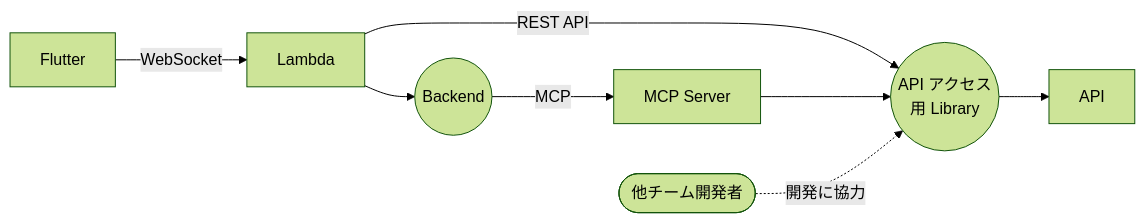
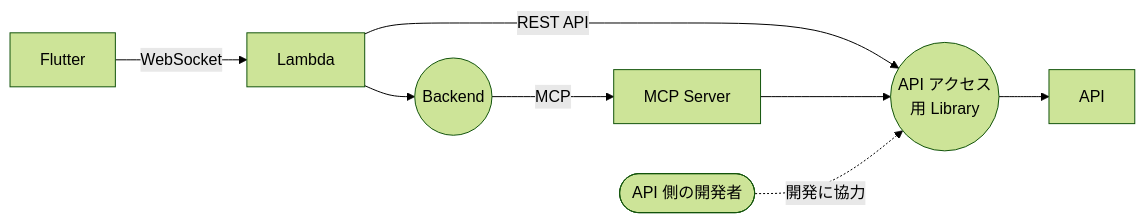
One commit to zucky-quest/it-vault changed the second of 4 diagrams in 03-work/blog/qiita/本番稼働中の生成AIシステムを4ステップで段階移行する - 「MCP経由で遅い」を解くアーキテクチャ移行ADR.md. Above: the diagram before and after it, drawn with Mermaid (forest theme). The commit also changed other lines of this file and 2 other files, not shown here.

````diff
--- a/03-work/blog/qiita/本番稼働中の生成AIシステムを4ステップで段階移行する - 「MCP経由で遅い」を解くアーキテクチャ移行ADR.md
+++ b/03-work/blog/qiita/本番稼働中の生成AIシステムを4ステップで段階移行する - 「MCP経由で遅い」を解くアーキテクチャ移行ADR.md
@@ -66,10 +84,10 @@
 ```mermaid
 flowchart LR
     Flutter -->|WebSocket| Lambda
     Lambda --> Backend((Backend))
     Backend -->|MCP| MCPServer[MCP Server]
     Lambda -->|REST API| Lib(("API アクセス<br/>用 Library"))
     MCPServer --> Lib
     Lib --> API
-    Dev([他チーム開発者]) -.->|開発に協力| Lib
+    Dev([API 側の開発者]) -.->|開発に協力| Lib
 ```
````
